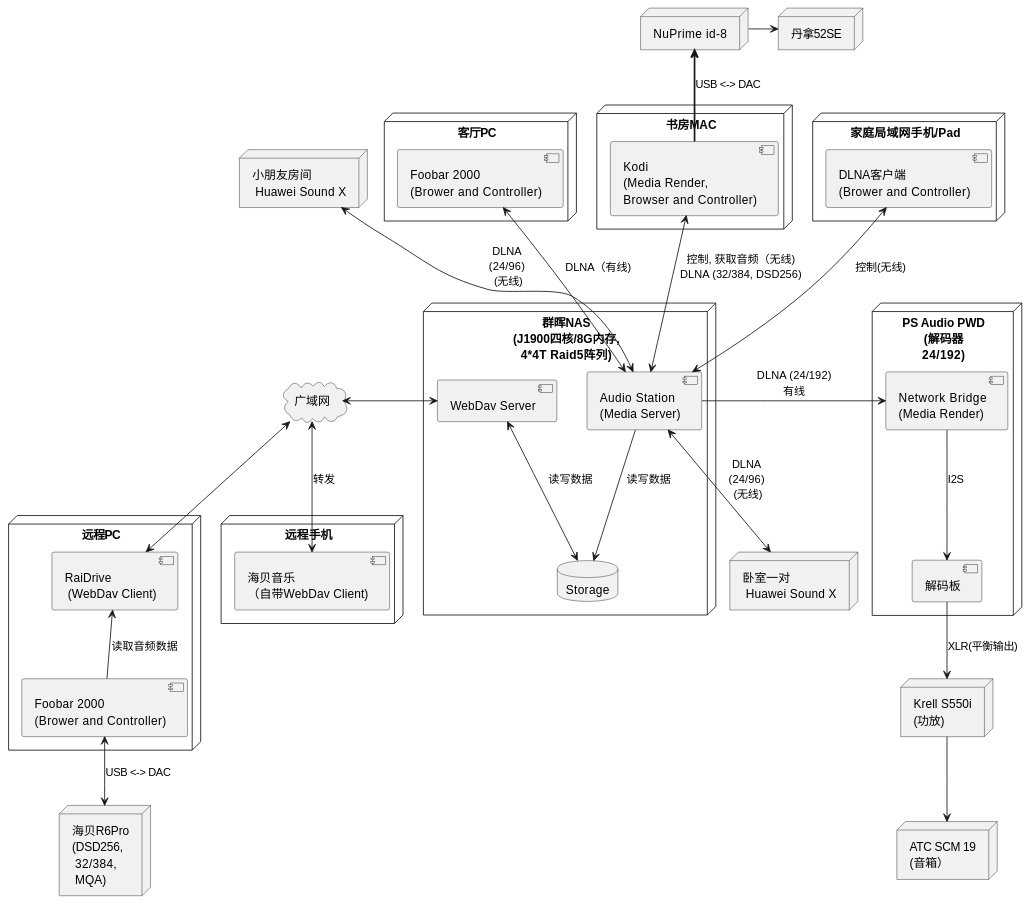
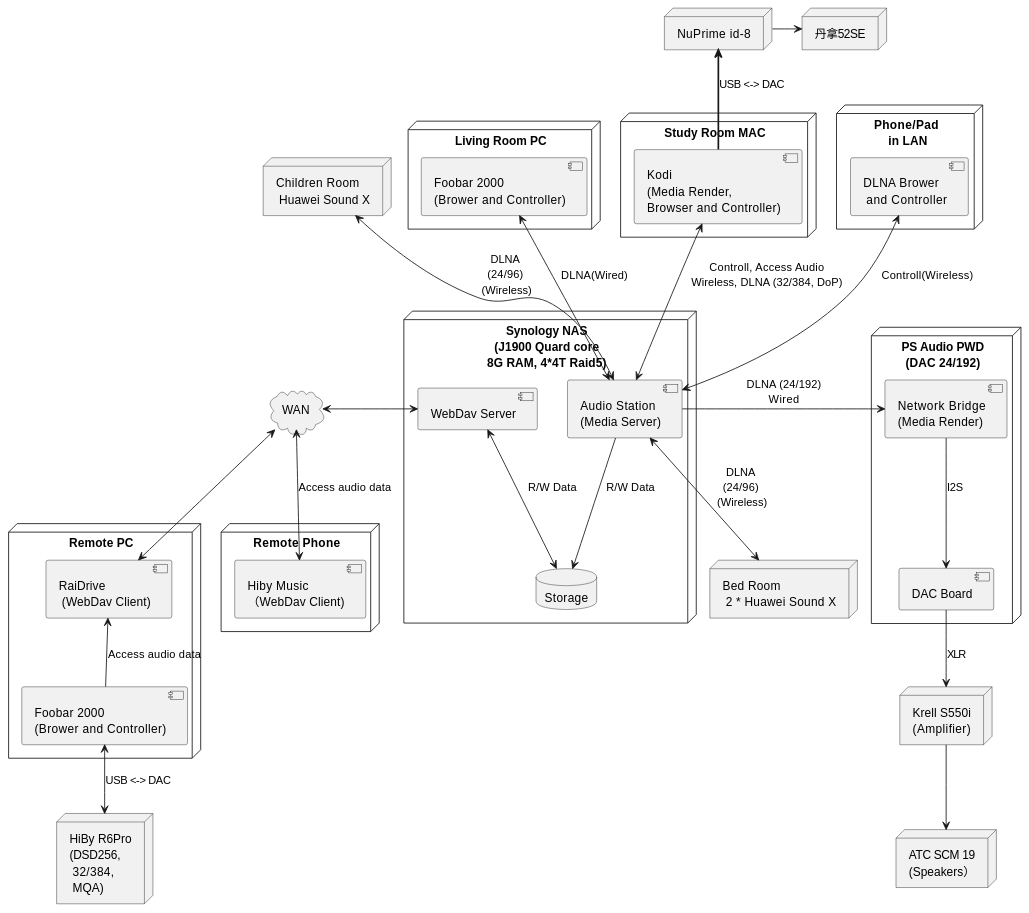
The first of 7 diagrams in digital/Roon/experience.md (hjianhao/docs), drawn with PlantUML before and after one commit. The commit also changed other lines of this file and 1 other file, not shown here.

````diff
--- a/digital/Roon/experience.md
+++ b/digital/Roon/experience.md
@@ -46,69 +48,69 @@
 ``` plantuml
 
-node "PS Audio PWD\n(解码器\n24/192)" as dac {
+node "PS Audio PWD\n(DAC 24/192)" as dac {
     component "Network Bridge\n(Media Render)" as bridge
-    component "解码板" as bdac
+    component "DAC Board" as bdac
     bridge --> bdac : I2S
 }
 
-node "Krell S550i\n(功放)" as amp
-bdac --> amp : XLR(平衡输出)
+node "Krell S550i\n(Amplifier)" as amp
+bdac --> amp : XLR
 
-node "ATC SCM 19\n(音箱）" as speaker
+node "ATC SCM 19\n(Speakers）" as speaker
 amp --> speaker
 
-node "群晖NAS\n(J1900四核/8G内存,\n4*4T Raid5阵列)" as nas {
+node "Synology NAS\n(J1900 Quard core\n8G RAM, 4*4T Raid5)" as nas {
     component "Audio Station\n(Media Server)" as mserver
-    mserver -> bridge : DLNA (24/192)\n有线
+    mserver -> bridge : DLNA (24/192)\nWired
     component "WebDav Server" as wserver
     wserver -[hidden]r-> mserver
     database "Storage" as storage
-    wserver <--> storage : 读写数据
-    mserver --> storage : 读写数据
+    wserver <--> storage : R/W Data
+    mserver --> storage : R/W Data
 }
 
-node "客厅PC" as pc {
+node "Living Room PC" as pc {
     component "Foobar 2000\n(Brower and Controller)" as f2_1
-    f2_1 <--> mserver : DLNA（有线)
+    f2_1 <--> mserver : DLNA(Wired)
 }
 
-node "书房MAC" as mac {
+node "Study Room MAC" as mac {
     component "Kodi\n(Media Render, \nBrowser and Controller)" as kodi
-    kodi <--> mserver : 控制, 获取音频（无线)\nDLNA (32/384, DSD256)
+    kodi <--> mserver : Controll, Access Audio\nWireless, DLNA (32/384, DoP)
 }
 
 node "NuPrime id-8" as dac1
 kodi -u=> dac1 : USB <-> DAC
 node "丹拿52SE" as speaker1
 dac1 -> speaker1 
 
-node "家庭局域网手机/Pad" as phone {
-    component "DLNA客户端\n(Brower and Controller)" as dc_1
-    dc_1 <--> mserver : 控制(无线)
+node "Phone/Pad\n in LAN" as phone {
+    component "DLNA Brower \n and Controller" as dc_1
+    dc_1 <--> mserver : Controll(Wireless)
 }
 
-node "小朋友房间\n Huawei Sound X" as soundx
-mserver <-u-> soundx : DLNA\n(24/96)\n (无线)
+node "Children Room\n Huawei Sound X" as soundx
+mserver <-u-> soundx : DLNA\n(24/96)\n (Wireless)
 
-node "卧室一对\n Huawei Sound X" as soundx1
-mserver <--> soundx1 : DLNA\n(24/96)\n (无线)
+node "Bed Room\n 2 * Huawei Sound X" as soundx1
+mserver <--> soundx1 : DLNA\n(24/96)\n (Wireless)
 
-cloud "广域网" as wan
+cloud "WAN" as wan
 wserver <-l-> wan
 
-node "远程PC" as rpc {
+node "Remote PC" as rpc {
     component "RaiDrive\n (WebDav Client)" as rai
     rai <-u-> wan
     component "Foobar 2000\n(Brower and Controller)" as f2_2
-    f2_2 -u-> rai : 读取音频数据
+    f2_2 -u-> rai : Access audio data
 }
 
-node "海贝R6Pro\n(DSD256,\n 32/384,\n MQA)" as hiby
+node "HiBy R6Pro\n(DSD256,\n 32/384,\n MQA)" as hiby
 f2_2 <--> hiby : USB <-> DAC
 
-node "远程手机" as rphone {
-    component "海贝音乐\n（自带WebDav Client)" as mhiby
-    mhiby <-u-> wan : 转发
+node "Remote Phone" as rphone {
+    component "Hiby Music\n（WebDav Client)" as mhiby
+    mhiby <-u-> wan : Access audio data
 }
 
 ```
````
